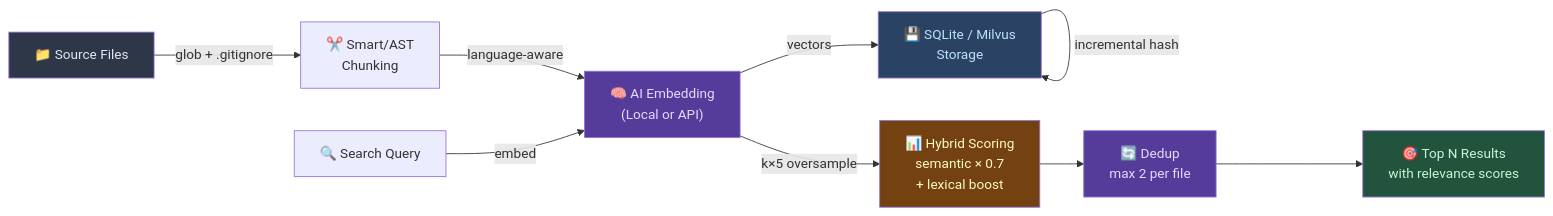
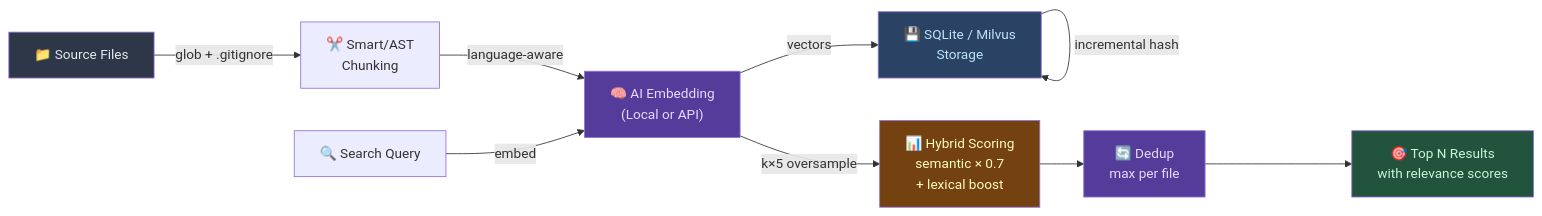
One commit to bitkyc08-arch/semantic-code-mcp changed the second of 3 diagrams in README.md. Above: the diagram before and after it, drawn with Mermaid. The commit also changed other lines of this file and 2 other files, not shown here.

````diff
--- a/README.md
+++ b/README.md
@@ -537,19 +100,19 @@
 ```mermaid
 flowchart LR
     A["📁 Source Files"] -->|"glob + .gitignore"| B["✂️ Smart/AST<br/>Chunking"]
     B -->|language-aware| C["🧠 AI Embedding<br/>(Local or API)"]
     C -->|vectors| D["💾 SQLite / Milvus<br/>Storage"]
     D -->|incremental hash| D
 
     E["🔍 Search Query"] -->|embed| C
     C -->|"k×5 oversample"| F["📊 Hybrid Scoring<br/>semantic × 0.7<br/>+ lexical boost"]
-    F --> DD["🔄 Dedup<br/>max 2 per file"]
+    F --> DD["🔄 Dedup<br/>max per file"]
     DD --> G["🎯 Top N Results<br/>with relevance scores"]
 
     style A fill:#2d3748,color:#e2e8f0
     style C fill:#553c9a,color:#e9d8fd
     style D fill:#2a4365,color:#bee3f8
     style F fill:#744210,color:#fefcbf
     style DD fill:#553c9a,color:#e9d8fd
     style G fill:#22543d,color:#c6f6d5
 ```
````
